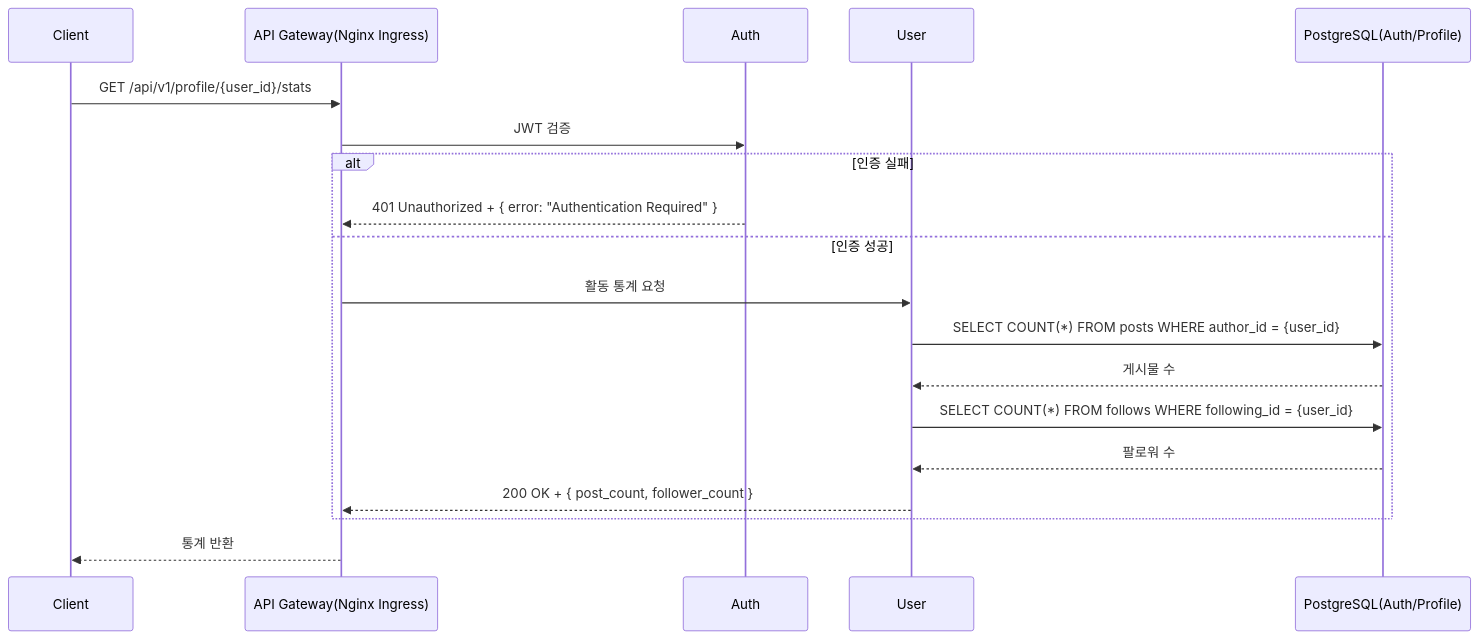
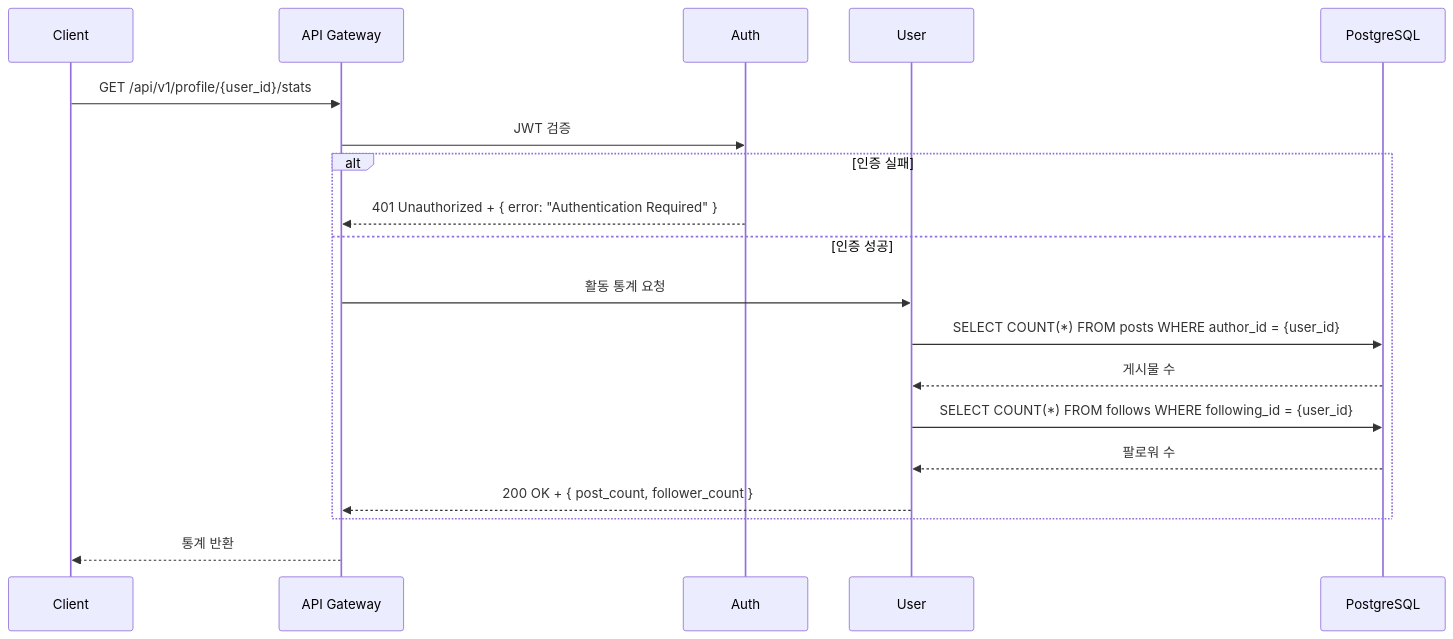
One commit to myeonghan-nim/veilgram changed the tenth of 47 diagrams in documents/sequence_diagram.md. Above: the diagram before and after it, drawn with Mermaid. The commit also changed other lines of this file and 1 other file, not shown here.

````diff
--- a/documents/sequence_diagram.md
+++ b/documents/sequence_diagram.md
@@ -368,22 +366,22 @@
 ```mermaid
 sequenceDiagram
     participant Client as Client
-    participant APIGW as API Gateway(Nginx Ingress)
+    participant APIGW as API Gateway
     participant Auth as Auth
     participant User as User
-    participant DB as PostgreSQL(Auth/Profile)
+    participant DB as PostgreSQL
 
     Client->>APIGW: GET /api/v1/profile/{user_id}/stats
     APIGW->>Auth: JWT 검증
     alt 인증 실패
         Auth-->>APIGW: 401 Unauthorized + { error: "Authentication Required" }
     else 인증 성공
         APIGW->>User: 활동 통계 요청
         User->>DB: SELECT COUNT(*) FROM posts WHERE author_id = {user_id}
         DB-->>User: 게시물 수
         User->>DB: SELECT COUNT(*) FROM follows WHERE following_id = {user_id}
         DB-->>User: 팔로워 수
         User-->>APIGW: 200 OK + { post_count, follower_count }
     end
     APIGW-->>Client: 통계 반환
 ```
````
